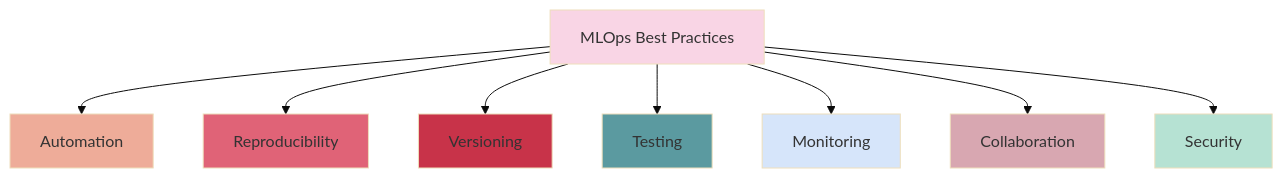
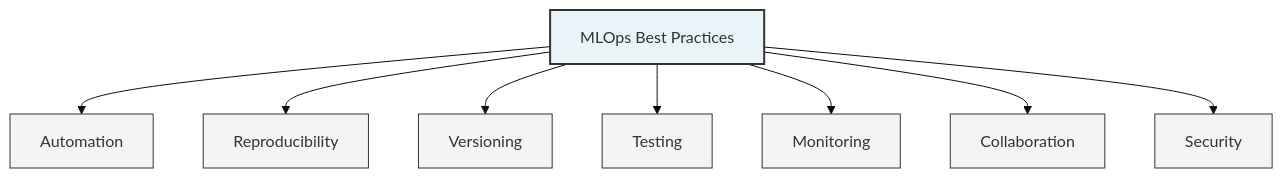
Before and after one commit to devops-360-online/go-with-me-ml: the diagram in docs/00-MLOps/05-best-practices.md, drawn with Mermaid (base theme). The commit also changed 2 other files, not shown here.

Commit message:
Improve diagram readability in MLOps documentation

````diff
--- a/docs/00-MLOps/05-best-practices.md
+++ b/docs/00-MLOps/05-best-practices.md
@@ -7,19 +7,16 @@
 ```mermaid
 graph TD
     A[MLOps Best Practices] --> B[Automation]
     A --> C[Reproducibility]
     A --> D[Versioning]
     A --> E[Testing]
     A --> F[Monitoring]
     A --> G[Collaboration]
     A --> H[Security]
     
-    style A fill:#f9d5e5
-    style B fill:#eeac99
-    style C fill:#e06377
-    style D fill:#c83349
-    style E fill:#5b9aa0
-    style F fill:#d6e5fa
-    style G fill:#d8a7b1
-    style H fill:#b6e2d3
+    classDef default fill:#f4f4f4,stroke:#333,stroke-width:1px;
+    classDef highlight fill:#e8f4f8,stroke:#333,stroke-width:2px;
+    
+    class A highlight;
+    class B,C,D,E,F,G,H default;
 ```
````
